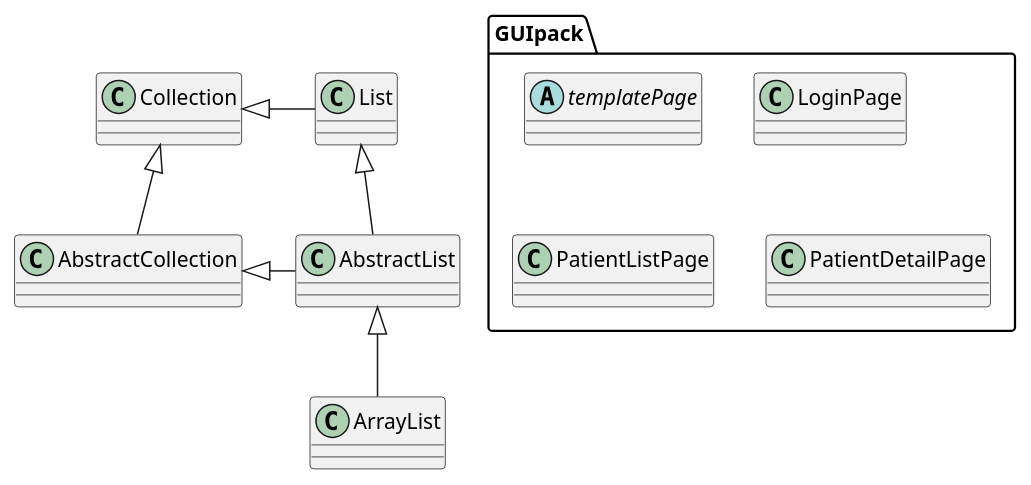
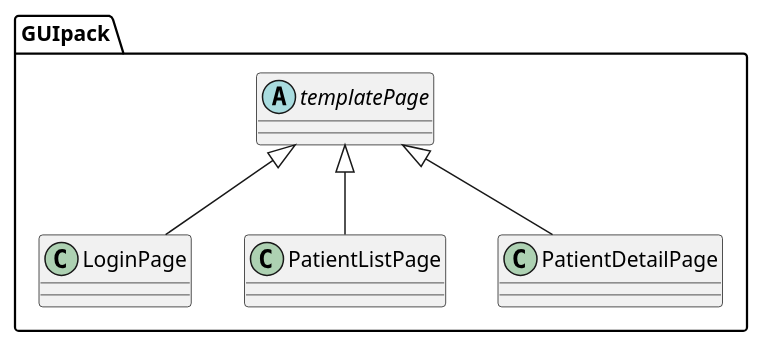
The diagram in UML/GUITemplate.puml (KC45jp/SENG4130-Project-Automated-Remote-Health-Monitoring), drawn with PlantUML before and after one commit. The commit also changed 3 other files, not shown here.

Commit message:
uml commit before rest

```diff
--- a/UML/GUITemplate.puml
+++ b/UML/GUITemplate.puml
@@ -1,23 +1,20 @@
 @startuml
-
-List <|-- AbstractList
-Collection <|-- AbstractCollection
-
-Collection <|- List
-AbstractCollection <|- AbstractList
-AbstractList <|-- ArrayList
 
 abstract GUIpack.templatePage {
 }
 
 class GUIpack.LoginPage {
 }
 
 class GUIpack.PatientListPage {
 }
 
 class GUIpack.PatientDetailPage {
 }
 
+GUIpack.templatePage <|-- GUIpack.LoginPage
+GUIpack.templatePage <|-- PatientListPage
+GUIpack.templatePage <|-- GUIpack.PatientDetailPage
+
 
 @enduml
```
